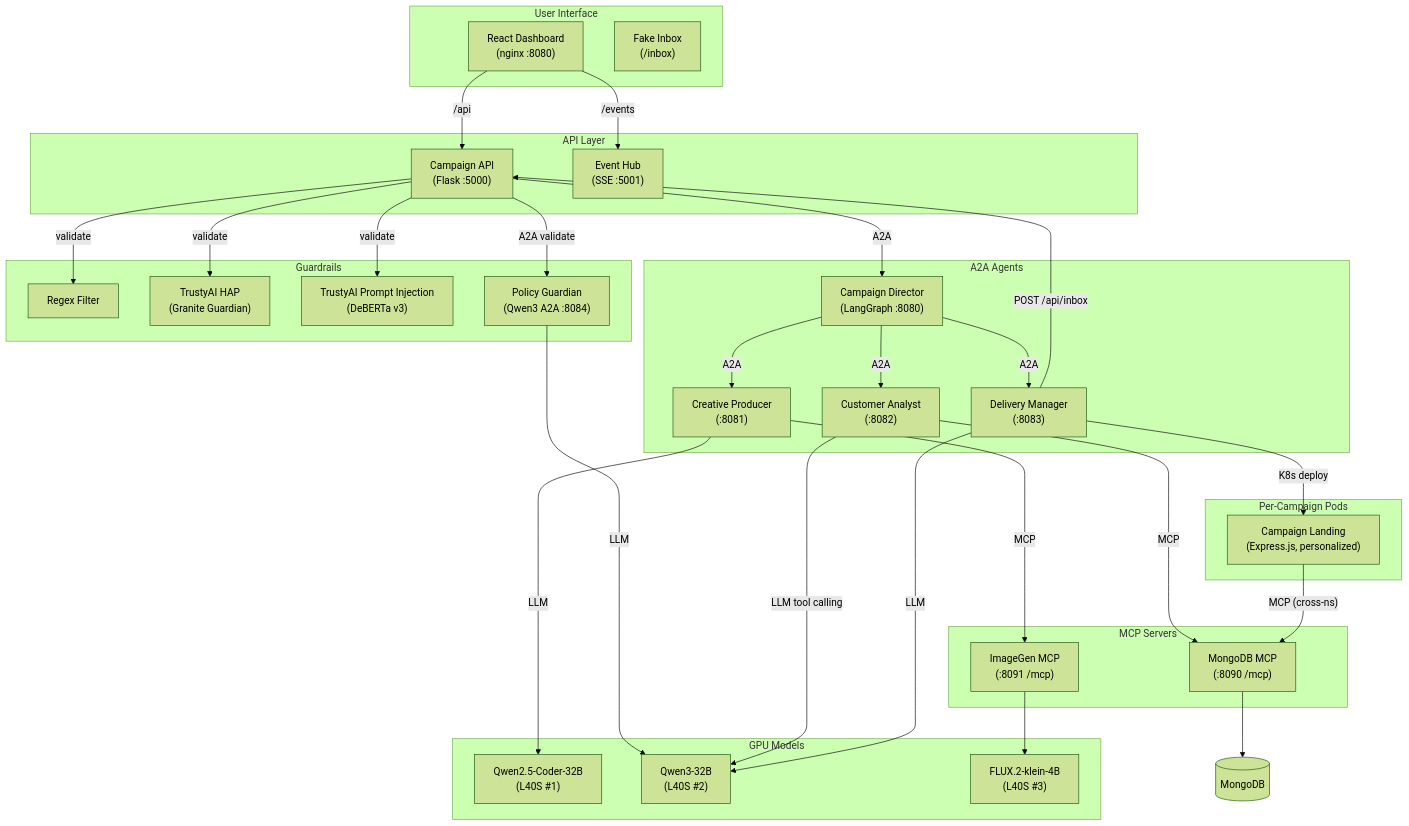
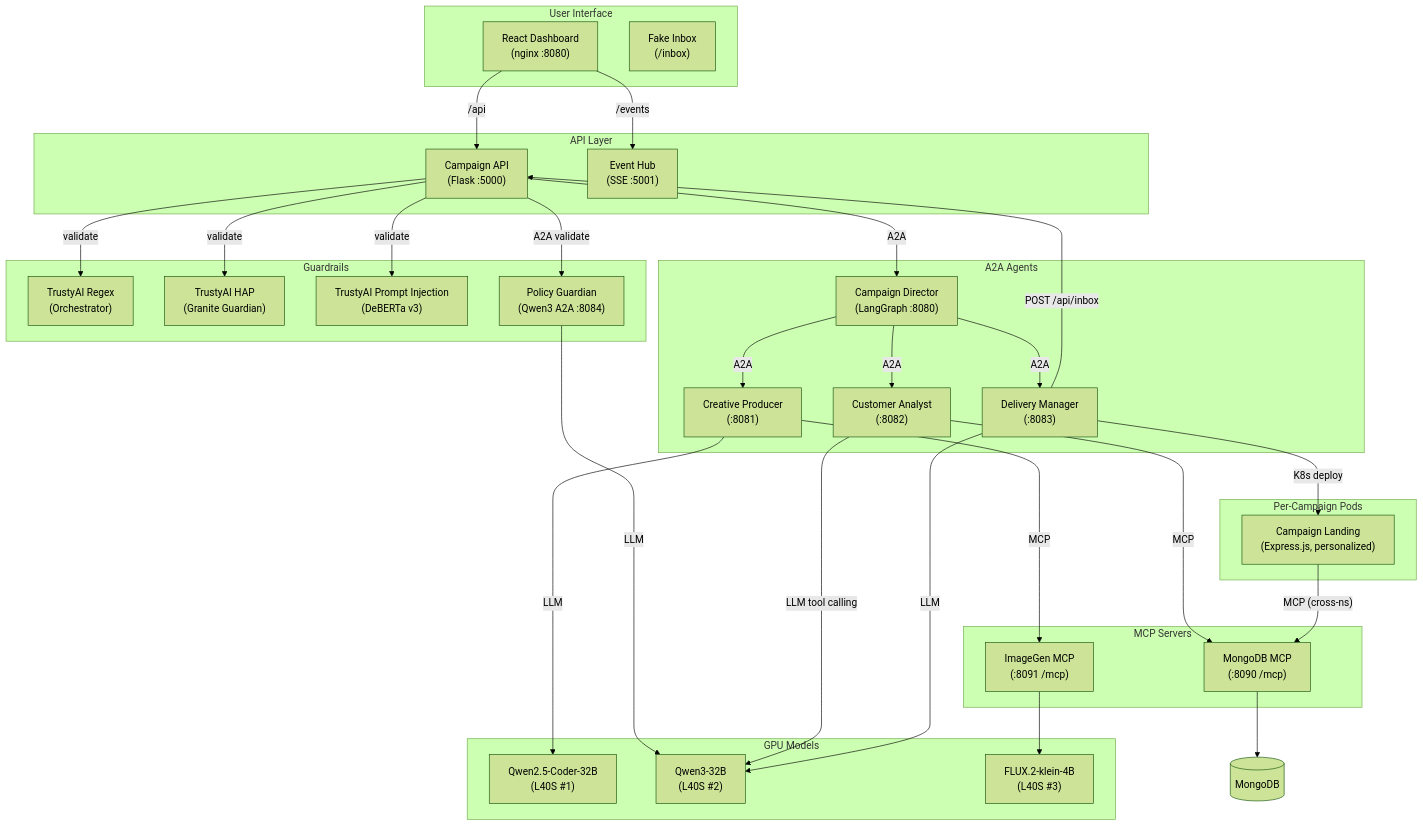
The second of 4 diagrams in README.md (gymnatics/Marketing-Assistant-Demo), drawn with Mermaid (forest theme) before and after one commit. The commit also changed other lines of this file and 2 other files, not shown here.

First line of the commit message:
Update docs for TrustyAI orchestrator regex integration

````diff
--- a/README.md
+++ b/README.md
@@ -75,63 +76,63 @@
 ```mermaid
 flowchart TD
     subgraph ui [User Interface]
         Frontend["React Dashboard\n(nginx :8080)"]
         Inbox["Fake Inbox\n(/inbox)"]
     end
 
     subgraph api [API Layer]
         CampaignAPI["Campaign API\n(Flask :5000)"]
         EventHub["Event Hub\n(SSE :5001)"]
     end
 
     subgraph guardrails [Guardrails]
-        Regex["Regex Filter"]
+        Regex["TrustyAI Regex\n(Orchestrator)"]
         HAP["TrustyAI HAP\n(Granite Guardian)"]
         PI["TrustyAI Prompt Injection\n(DeBERTa v3)"]
         PG["Policy Guardian\n(Qwen3 A2A :8084)"]
     end
 
     subgraph agents [A2A Agents]
         Director["Campaign Director\n(LangGraph :8080)"]
         CP["Creative Producer\n(:8081)"]
         CA["Customer Analyst\n(:8082)"]
         DM["Delivery Manager\n(:8083)"]
     end
 
     subgraph mcp [MCP Servers]
         MongoMCP["MongoDB MCP\n(:8090 /mcp)"]
         ImageMCP["ImageGen MCP\n(:8091 /mcp)"]
     end
 
     subgraph landing [Per-Campaign Pods]
         Landing["Campaign Landing\n(Express.js, personalized)"]
     end
 
     subgraph models [GPU Models]
         Coder["Qwen2.5-Coder-32B\n(L40S #1)"]
         Lang["Qwen3-32B\n(L40S #2)"]
         Flux["FLUX.2-klein-4B\n(L40S #3)"]
     end
 
     Frontend -->|"/api"| CampaignAPI
     Frontend -->|"/events"| EventHub
     CampaignAPI -->|validate| Regex
     CampaignAPI -->|validate| HAP
     CampaignAPI -->|validate| PI
     CampaignAPI -->|"A2A validate"| PG
     CampaignAPI -->|"A2A"| Director
     PG -->|LLM| Lang
     Director -->|A2A| CP
     Director -->|A2A| CA
     Director -->|A2A| DM
     CP -->|MCP| ImageMCP
     CP -->|LLM| Coder
     CA -->|"LLM tool calling"| Lang
     CA -->|MCP| MongoMCP
     DM -->|LLM| Lang
     DM -->|"K8s deploy"| Landing
     DM -->|"POST /api/inbox"| CampaignAPI
     ImageMCP --> Flux
     MongoMCP --> DB[(MongoDB)]
     Landing -->|"MCP (cross-ns)"| MongoMCP
 ```
````
